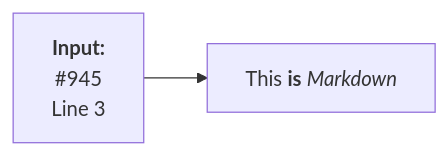
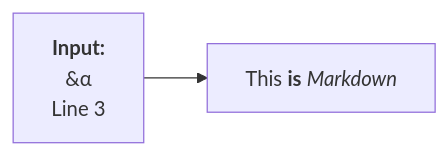
The third of 3 diagrams in docs/20250307 Thesis (PRACH Attack Problem Definition).md (bmw-ece-ntust/wilfrid-prach-attack-analysis), drawn with Mermaid before and after one commit.

Commit message:
Update 20250307 Thesis (PRACH Attack Problem Definition).md

````diff
--- a/docs/20250307 Thesis (PRACH Attack Problem Definition).md
+++ b/docs/20250307 Thesis (PRACH Attack Problem Definition).md
@@ -185,8 +185,8 @@
 ```mermaid
 flowchart LR
     markdown["`This **is** _Markdown_`"]
     input["`**Input:**
-    #945
+    &#945;
     Line 3`"]
     input --> markdown
 ```
````
